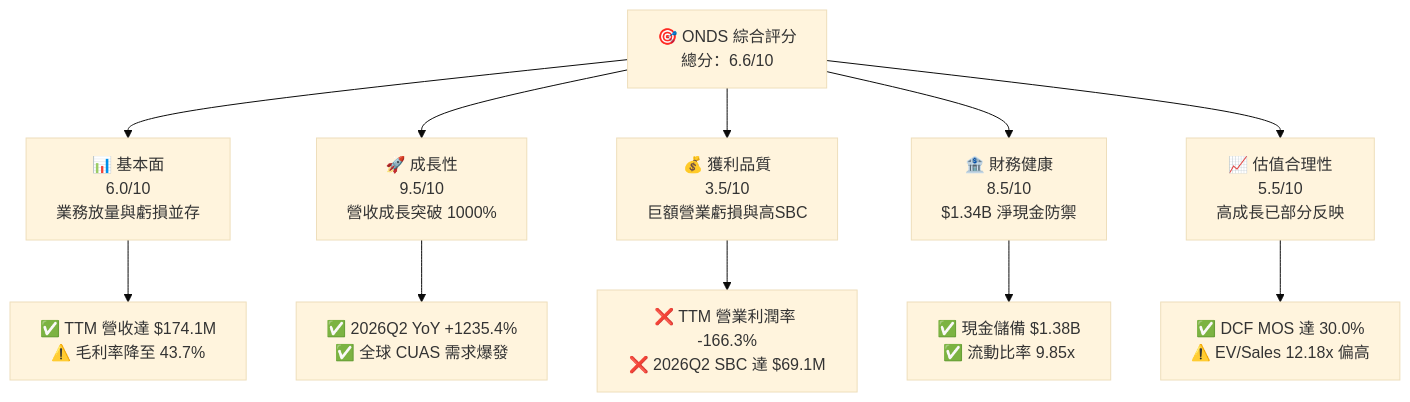
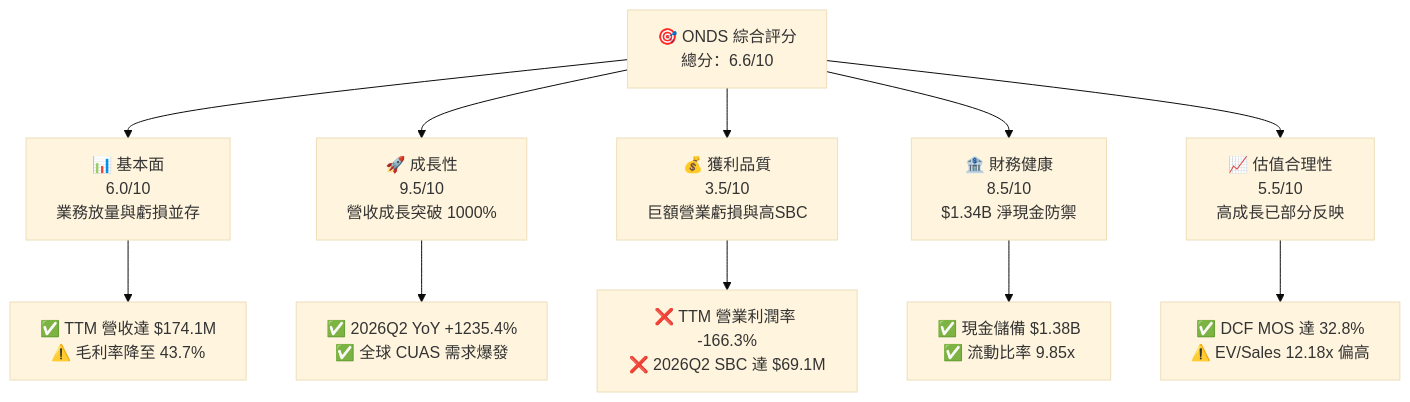
The first of 15 diagrams in ai_gen_report/fundamental/onds/fundamental_analysis_2026-10-20_gemini.md (yennanliu/finance_data), drawn with Mermaid (base theme) before and after one commit. The commit also changed other lines of this file and 339 other files, not shown here.

````diff
--- a/ai_gen_report/fundamental/onds/fundamental_analysis_2026-10-20_gemini.md
+++ b/ai_gen_report/fundamental/onds/fundamental_analysis_2026-10-20_gemini.md
@@ -58,22 +65,22 @@
 ```mermaid
 graph TD
     TICKER["🎯 ONDS 綜合評分<br/>總分：6.6/10"]
 
     F["📊 基本面<br/>6.0/10<br/>業務放量與虧損並存"]
     G["🚀 成長性<br/>9.5/10<br/>營收成長突破 1000%"]
     P["💰 獲利品質<br/>3.5/10<br/>巨額營業虧損與高SBC"]
     B["🏦 財務健康<br/>8.5/10<br/>$1.34B 淨現金防禦"]
     V["📈 估值合理性<br/>5.5/10<br/>高成長已部分反映"]
 
     TICKER --> F
     TICKER --> G
     TICKER --> P
     TICKER --> B
     TICKER --> V
 
     F --> F1["✅ TTM 營收達 $174.1M<br/>⚠️ 毛利率降至 43.7%"]
     G --> G1["✅ 2026Q2 YoY +1235.4%<br/>✅ 全球 CUAS 需求爆發"]
     P --> P1["❌ TTM 營業利潤率 -166.3%<br/>❌ 2026Q2 SBC 達 $69.1M"]
     B --> B1["✅ 現金儲備 $1.38B<br/>✅ 流動比率 9.85x"]
-    V --> V1["✅ DCF MOS 達 30.0%<br/>⚠️ EV/Sales 12.18x 偏高"]
+    V --> V1["✅ DCF MOS 達 32.8%<br/>⚠️ EV/Sales 12.18x 偏高"]
 ```
````
